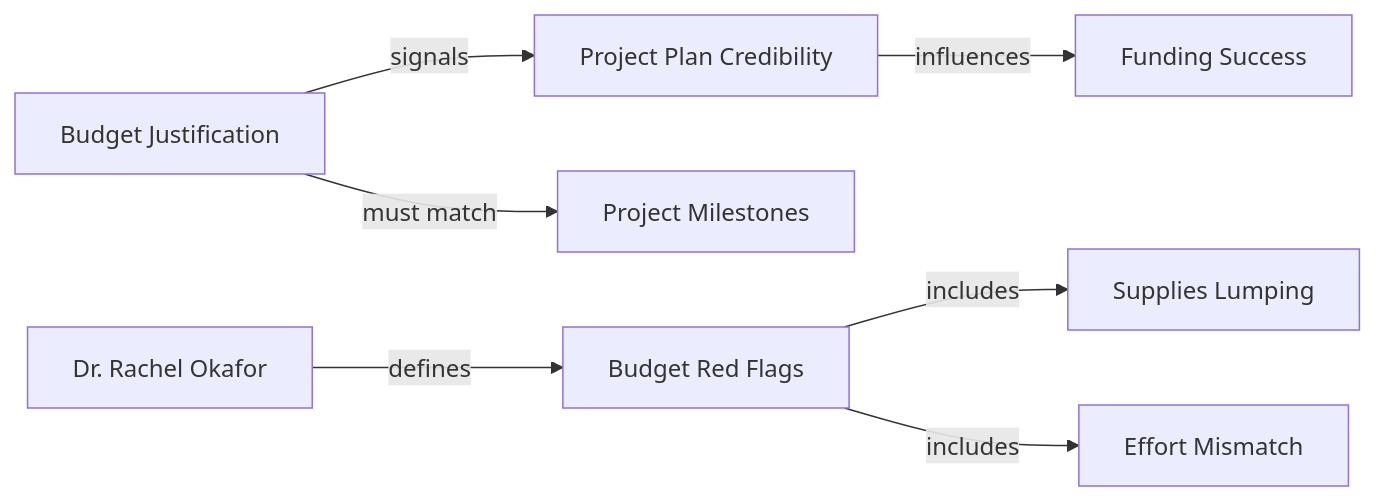
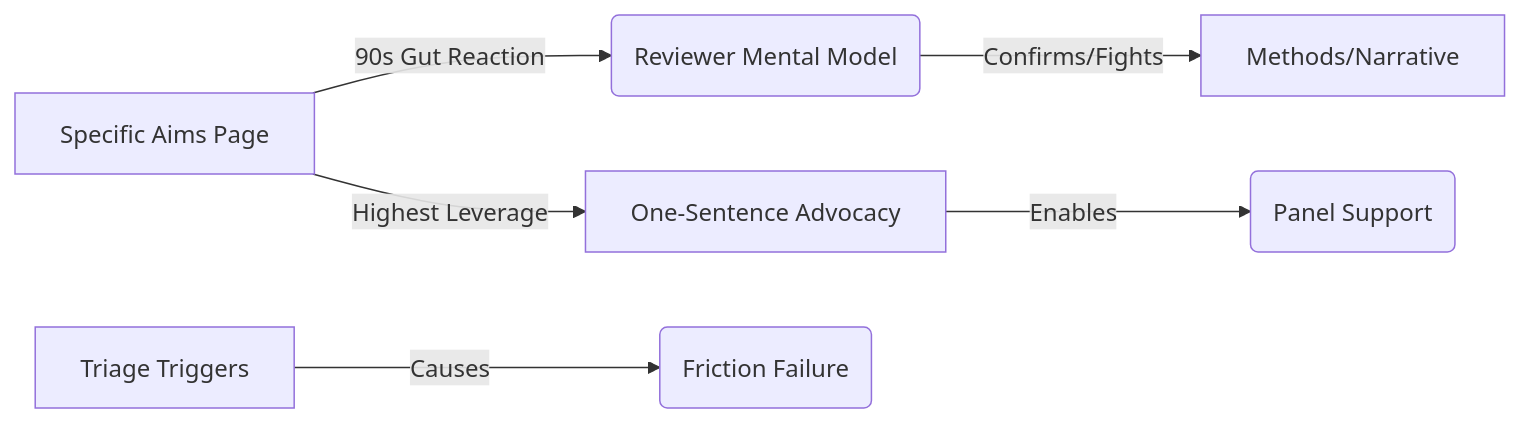
The diagram in .aswritten/drafts/tx-summaries/tx-summary.md (Aswritten-ai/perspective-grant-writing), drawn with Mermaid before and after one commit. The commit also changed other lines of this file, not shown here.

````diff
--- a/.aswritten/drafts/tx-summaries/tx-summary.md
+++ b/.aswritten/drafts/tx-summaries/tx-summary.md
@@ -20,9 +23,8 @@
 ```mermaid
 graph LR
-    Budget[Budget Justification] -- "signals" --> Plan[Project Plan Credibility]
-    Budget -- "must match" --> Timeline[Project Milestones]
-    Okafor[Dr. Rachel Okafor] -- "defines" --> RedFlags[Budget Red Flags]
-    RedFlags -- "includes" --> Lumping[Supplies Lumping]
-    RedFlags -- "includes" --> Mismatch[Effort Mismatch]
-    Plan -- "influences" --> Funding[Funding Success]
+    A[Specific Aims Page] -- "90s Gut Reaction" --> B(Reviewer Mental Model)
+    B -- "Confirms/Fights" --> C[Methods/Narrative]
+    D[One-Sentence Advocacy] -- "Enables" --> E(Panel Support)
+    F[Triage Triggers] -- "Causes" --> G(Friction Failure)
+    A -- "Highest Leverage" --> D
 ```
````
